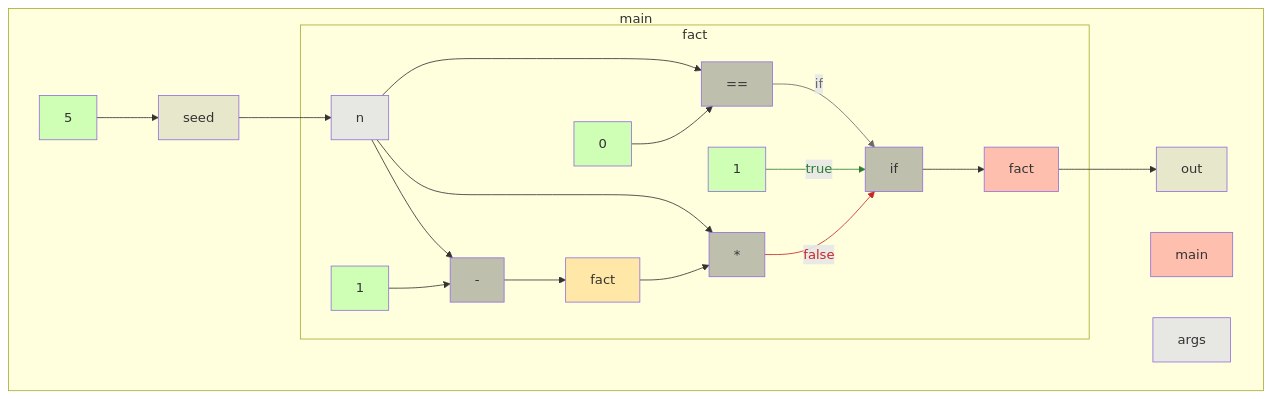
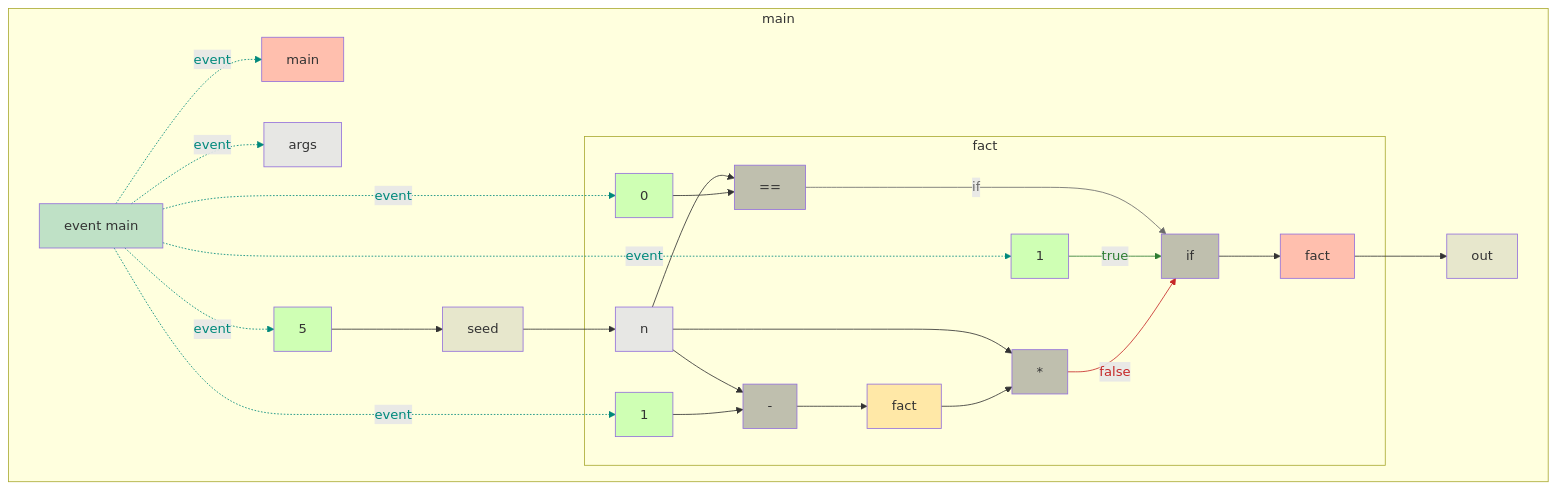
The diagram in app/src/test/resources/recursion/snapshot.md (gstiebler/codeflow), drawn with Mermaid before and after one commit. The commit also changed 77 other files, not shown here.

````diff
--- a/app/src/test/resources/recursion/snapshot.md
+++ b/app/src/test/resources/recursion/snapshot.md
@@ -1,46 +1,60 @@
 ```mermaid
 flowchart TD
   subgraph b0["main"]
-    n1[main]:::RETURN
-    n2[args]:::FUNC_PARAM
-    n3[5]:::LITERAL
-    n4[seed]:::VARIABLE
-    n16[out]:::VARIABLE
-    n3[5]:::LITERAL --> n4[seed]:::VARIABLE
-    n4[seed]:::VARIABLE --> n7[n]:::FUNC_PARAM
-    n6[fact]:::RETURN --> n16[out]:::VARIABLE
-    subgraph b5["fact"]
-      n6[fact]:::RETURN
-      n7[n]:::FUNC_PARAM
-      n8[0]:::LITERAL
-      n9[==]:::BIN_OP
-      n10[1]:::LITERAL
+    n1[event main]:::EVENT
+    n2[main]:::RETURN
+    n3[args]:::FUNC_PARAM
+    n4[5]:::LITERAL
+    n5[seed]:::VARIABLE
+    n17[out]:::VARIABLE
+    n1[event main]:::EVENT -. event .-> n2[main]:::RETURN
+    n1[event main]:::EVENT -. event .-> n3[args]:::FUNC_PARAM
+    n1[event main]:::EVENT -. event .-> n4[5]:::LITERAL
+    n1[event main]:::EVENT -. event .-> n9[0]:::LITERAL
+    n1[event main]:::EVENT -. event .-> n11[1]:::LITERAL
+    n1[event main]:::EVENT -. event .-> n12[1]:::LITERAL
+    n4[5]:::LITERAL --> n5[seed]:::VARIABLE
+    n5[seed]:::VARIABLE --> n8[n]:::FUNC_PARAM
+    n7[fact]:::RETURN --> n17[out]:::VARIABLE
+    subgraph b6["fact"]
+      n7[fact]:::RETURN
+      n8[n]:::FUNC_PARAM
+      n9[0]:::LITERAL
+      n10[==]:::BIN_OP
       n11[1]:::LITERAL
-      n12[-]:::BIN_OP
-      n13[fact]:::EXTERNAL
-      n14[*]:::BIN_OP
-      n15[if]:::BIN_OP
-      n7[n]:::FUNC_PARAM --> n9[==]:::BIN_OP
-      n7[n]:::FUNC_PARAM --> n12[-]:::BIN_OP
-      n7[n]:::FUNC_PARAM --> n14[*]:::BIN_OP
-      n8[0]:::LITERAL --> n9[==]:::BIN_OP
-      n9[==]:::BIN_OP -->|if| n15[if]:::BIN_OP
-      n10[1]:::LITERAL -->|true| n15[if]:::BIN_OP
-      n11[1]:::LITERAL --> n12[-]:::BIN_OP
-      n12[-]:::BIN_OP --> n13[fact]:::EXTERNAL
-      n13[fact]:::EXTERNAL --> n14[*]:::BIN_OP
-      n14[*]:::BIN_OP -->|false| n15[if]:::BIN_OP
-      n15[if]:::BIN_OP --> n6[fact]:::RETURN
+      n12[1]:::LITERAL
+      n13[-]:::BIN_OP
+      n14[fact]:::EXTERNAL
+      n15[*]:::BIN_OP
+      n16[if]:::BIN_OP
+      n8[n]:::FUNC_PARAM --> n10[==]:::BIN_OP
+      n8[n]:::FUNC_PARAM --> n13[-]:::BIN_OP
+      n8[n]:::FUNC_PARAM --> n15[*]:::BIN_OP
+      n9[0]:::LITERAL --> n10[==]:::BIN_OP
+      n10[==]:::BIN_OP -->|if| n16[if]:::BIN_OP
+      n11[1]:::LITERAL -->|true| n16[if]:::BIN_OP
+      n12[1]:::LITERAL --> n13[-]:::BIN_OP
+      n13[-]:::BIN_OP --> n14[fact]:::EXTERNAL
+      n14[fact]:::EXTERNAL --> n15[*]:::BIN_OP
+      n15[*]:::BIN_OP -->|false| n16[if]:::BIN_OP
+      n16[if]:::BIN_OP --> n7[fact]:::RETURN
     end
   end
-  linkStyle 7 stroke:#6a6a6a,color:#6a6a6a
-  linkStyle 8 stroke:#2e7d32,color:#2e7d32
-  linkStyle 12 stroke:#c62828,color:#c62828
+  linkStyle 0 stroke:#00897b,color:#00897b
+  linkStyle 1 stroke:#00897b,color:#00897b
+  linkStyle 2 stroke:#00897b,color:#00897b
+  linkStyle 3 stroke:#00897b,color:#00897b
+  linkStyle 4 stroke:#00897b,color:#00897b
+  linkStyle 5 stroke:#00897b,color:#00897b
+  linkStyle 13 stroke:#6a6a6a,color:#6a6a6a
+  linkStyle 14 stroke:#2e7d32,color:#2e7d32
+  linkStyle 18 stroke:#c62828,color:#c62828
   classDef LITERAL fill:#00FF0030
   classDef VARIABLE fill:#80808030
   classDef BIN_OP fill:#80808080
   classDef FUNC_PARAM fill:#8080FF30
   classDef RETURN fill:#FF808080
   classDef EXTERNAL fill:#FFA50040
   classDef UNMODELLED fill:#FF000030,stroke-dasharray: 4 2
+  classDef EVENT fill:#00897B40
 ```
````
